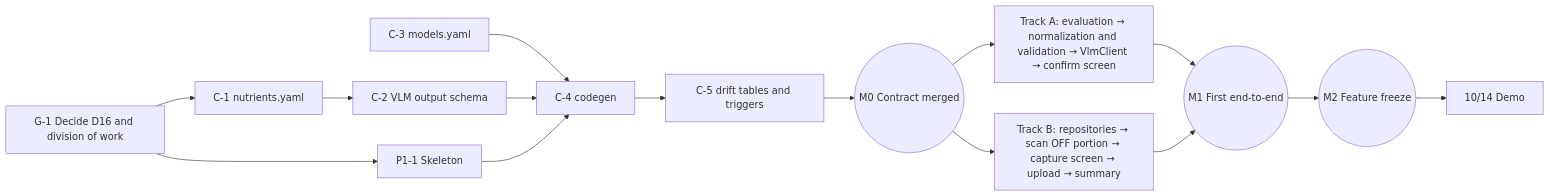
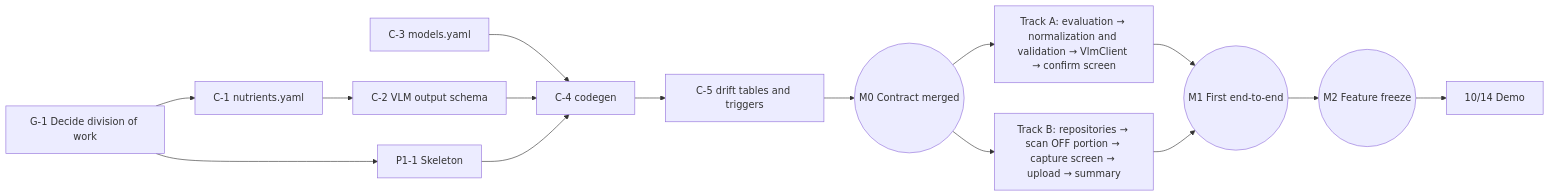
Before and after one commit to EatWell-Studio/NutriScan-MVP: the diagram in docs/DEV_PLAN.en.md, drawn with Mermaid. The commit also changed other lines of this file and 9 other files, not shown here.

````diff
--- a/docs/DEV_PLAN.en.md
+++ b/docs/DEV_PLAN.en.md
@@ -295,17 +295,17 @@
 ```mermaid
 flowchart LR
-  G1[G-1 Decide D16 and division of work] --> P11[P1-1 Skeleton]
+  G1[G-1 Decide division of work] --> P11[P1-1 Skeleton]
   G1 --> C1[C-1 nutrients.yaml]
   C1 --> C2[C-2 VLM output schema]
   C3[C-3 models.yaml] --> C4
   C2 --> C4[C-4 codegen]
   P11 --> C4
   C4 --> C5[C-5 drift tables and triggers]
   C5 --> M0((M0 Contract merged))
   M0 --> A[Track A: evaluation → normalization and validation → VlmClient → confirm screen]
   M0 --> B[Track B: repositories → scan OFF portion → capture screen → upload → summary]
   A --> M1((M1 First end-to-end))
   B --> M1
   M1 --> M2((M2 Feature freeze))
   M2 --> D[10/14 Demo]
 ```
````
